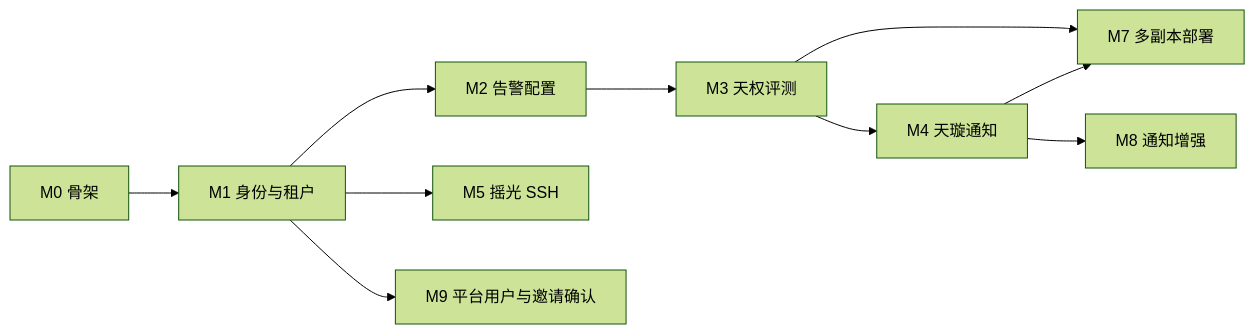
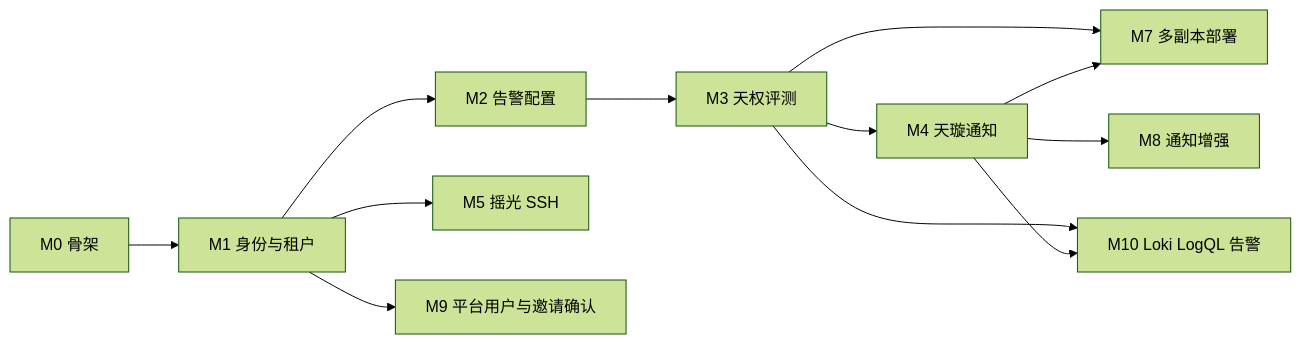
Before and after one commit to aide-family/moon: the diagram in docs/roadmap.md, drawn with Mermaid (forest theme). The commit also changed other lines of this file and 28 other files, not shown here.

Commit message:
feat(loki): add LogQL alerting and local demo data

````diff
--- a/docs/roadmap.md
+++ b/docs/roadmap.md
@@ -35,18 +36,21 @@
 ```mermaid
 flowchart LR
   m0[M0 骨架]
   m1[M1 身份与租户]
   m2[M2 告警配置]
   m3[M3 天权评测]
   m4[M4 天璇通知]
   m5[M5 摇光 SSH]
   m7[M7 多副本部署]
   m8[M8 通知增强]
   m9[M9 平台用户与邀请确认]
+  m10[M10 Loki LogQL 告警]
   m0 --> m1 --> m2 --> m3 --> m4
   m1 --> m5
   m1 --> m9
   m3 --> m7
   m4 --> m7
   m4 --> m8
+  m3 --> m10
+  m4 --> m10
 ```
````
